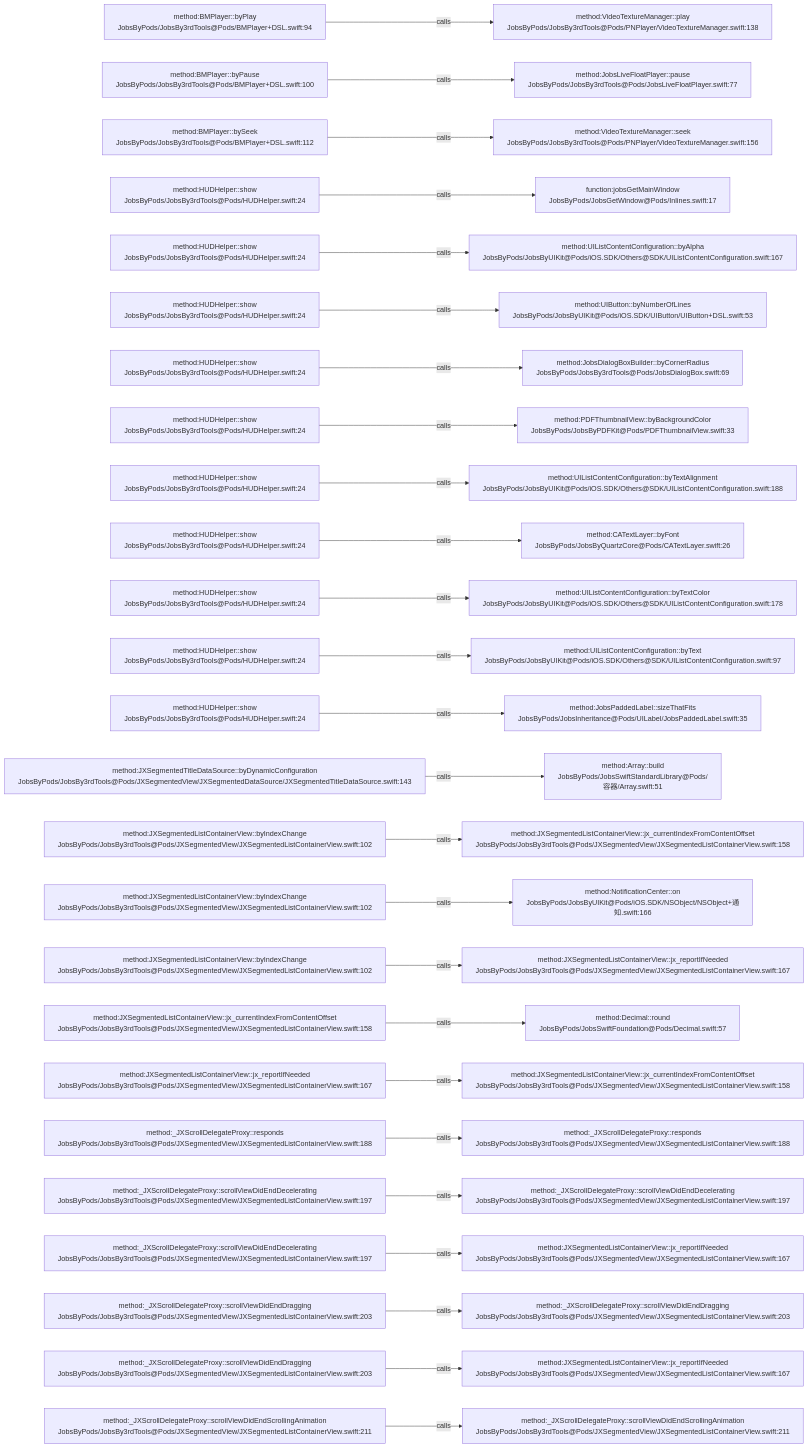
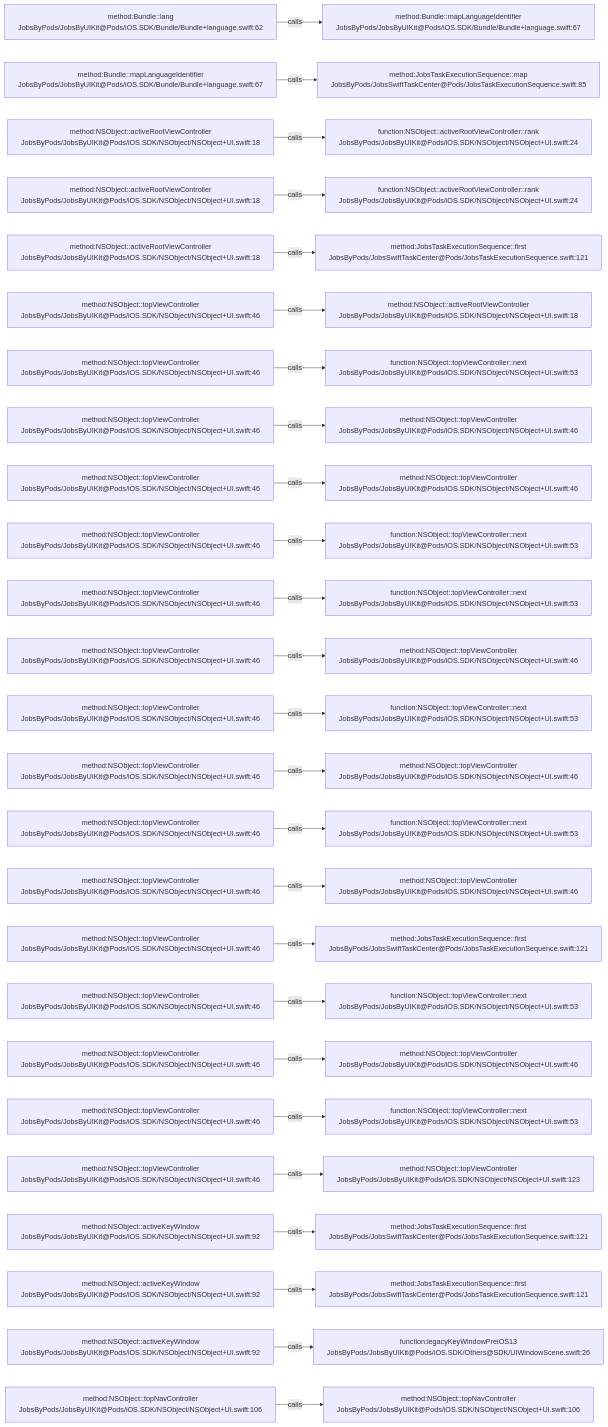
Before and after one commit to JobsKits/JobsSwiftBaseConfigDemo: the diagram in .codegraph/codegraph.md/graphs/calls-006.md, drawn with Mermaid. The commit also changed 569 other files, not shown here.

````diff
--- a/.codegraph/codegraph.md/graphs/calls-006.md
+++ b/.codegraph/codegraph.md/graphs/calls-006.md
@@ -13,78 +13,78 @@
 ```mermaid
 flowchart LR
-  S1["method:BMPlayer::byPlay<br/>JobsByPods/JobsBy3rdTools@Pods/BMPlayer+DSL.swift:94"]
-  T1["method:VideoTextureManager::play<br/>JobsByPods/JobsBy3rdTools@Pods/PNPlayer/VideoTextureManager.swift:138"]
+  S1["method:Bundle::lang<br/>JobsByPods/JobsByUIKit@Pods/iOS.SDK/Bundle/Bundle+language.swift:62"]
+  T1["method:Bundle::mapLanguageIdentifier<br/>JobsByPods/JobsByUIKit@Pods/iOS.SDK/Bundle/Bundle+language.swift:67"]
   S1 -->|calls| T1
-  S2["method:BMPlayer::byPause<br/>JobsByPods/JobsBy3rdTools@Pods/BMPlayer+DSL.swift:100"]
-  T2["method:JobsLiveFloatPlayer::pause<br/>JobsByPods/JobsBy3rdTools@Pods/JobsLiveFloatPlayer.swift:77"]
+  S2["method:Bundle::mapLanguageIdentifier<br/>JobsByPods/JobsByUIKit@Pods/iOS.SDK/Bundle/Bundle+language.swift:67"]
+  T2["method:JobsTaskExecutionSequence::map<br/>JobsByPods/JobsSwiftTaskCenter@Pods/JobsTaskExecutionSequence.swift:85"]
   S2 -->|calls| T2
-  S3["method:BMPlayer::bySeek<br/>JobsByPods/JobsBy3rdTools@Pods/BMPlayer+DSL.swift:112"]
-  T3["method:VideoTextureManager::seek<br/>JobsByPods/JobsBy3rdTools@Pods/PNPlayer/VideoTextureManager.swift:156"]
+  S3["method:NSObject::activeRootViewController<br/>JobsByPods/JobsByUIKit@Pods/iOS.SDK/NSObject/NSObject+UI.swift:18"]
+  T3["function:NSObject::activeRootViewController::rank<br/>JobsByPods/JobsByUIKit@Pods/iOS.SDK/NSObject/NSObject+UI.swift:24"]
   S3 -->|calls| T3
-  S4["method:HUDHelper::show<br/>JobsByPods/JobsBy3rdTools@Pods/HUDHelper.swift:24"]
-  T4["function:jobsGetMainWindow<br/>JobsByPods/JobsGetWindow@Pods/Inlines.swift:17"]
+  S4["method:NSObject::activeRootViewController<br/>JobsByPods/JobsByUIKit@Pods/iOS.SDK/NSObject/NSObject+UI.swift:18"]
+  T4["function:NSObject::activeRootViewController::rank<br/>JobsByPods/JobsByUIKit@Pods/iOS.SDK/NSObject/NSObject+UI.swift:24"]
   S4 -->|calls| T4
-  S5["method:HUDHelper::show<br/>JobsByPods/JobsBy3rdTools@Pods/HUDHelper.swift:24"]
-  T5["method:UIListContentConfiguration::byAlpha<br/>JobsByPods/JobsByUIKit@Pods/iOS.SDK/Others@SDK/UIListContentConfiguration.swift:167"]
+  S5["method:NSObject::activeRootViewController<br/>JobsByPods/JobsByUIKit@Pods/iOS.SDK/NSObject/NSObject+UI.swift:18"]
+  T5["method:JobsTaskExecutionSequence::first<br/>JobsByPods/JobsSwiftTaskCenter@Pods/JobsTaskExecutionSequence.swift:121"]
   S5 -->|calls| T5
-  S6["method:HUDHelper::show<br/>JobsByPods/JobsBy3rdTools@Pods/HUDHelper.swift:24"]
-  T6["method:UIButton::byNumberOfLines<br/>JobsByPods/JobsByUIKit@Pods/iOS.SDK/UIButton/UIButton+DSL.swift:53"]
+  S6["method:NSObject::topViewController<br/>JobsByPods/JobsByUIKit@Pods/iOS.SDK/NSObject/NSObject+UI.swift:46"]
+  T6["method:NSObject::activeRootViewController<br/>JobsByPods/JobsByUIKit@Pods/iOS.SDK/NSObject/NSObject+UI.swift:18"]
   S6 -->|calls| T6
-  S7["method:HUDHelper::show<br/>JobsByPods/JobsBy3rdTools@Pods/HUDHelper.swift:24"]
-  T7["method:JobsDialogBoxBuilder::byCornerRadius<br/>JobsByPods/JobsBy3rdTools@Pods/JobsDialogBox.swift:69"]
+  S7["method:NSObject::topViewController<br/>JobsByPods/JobsByUIKit@Pods/iOS.SDK/NSObject/NSObject+UI.swift:46"]
+  T7["function:NSObject::topViewController::next<br/>JobsByPods/JobsByUIKit@Pods/iOS.SDK/NSObject/NSObject+UI.swift:53"]
   S7 -->|calls| T7
-  S8["method:HUDHelper::show<br/>JobsByPods/JobsBy3rdTools@Pods/HUDHelper.swift:24"]
-  T8["method:PDFThumbnailView::byBackgroundColor<br/>JobsByPods/JobsByPDFKit@Pods/PDFThumbnailView.swift:33"]
+  S8["method:NSObject::topViewController<br/>JobsByPods/JobsByUIKit@Pods/iOS.SDK/NSObject/NSObject+UI.swift:46"]
+  T8["method:NSObject::topViewController<br/>JobsByPods/JobsByUIKit@Pods/iOS.SDK/NSObject/NSObject+UI.swift:46"]
   S8 -->|calls| T8
-  S9["method:HUDHelper::show<br/>JobsByPods/JobsBy3rdTools@Pods/HUDHelper.swift:24"]
-  T9["method:UIListContentConfiguration::byTextAlignment<br/>JobsByPods/JobsByUIKit@Pods/iOS.SDK/Others@SDK/UIListContentConfiguration.swift:188"]
+  S9["method:NSObject::topViewController<br/>JobsByPods/JobsByUIKit@Pods/iOS.SDK/NSObject/NSObject+UI.swift:46"]
+  T9["method:NSObject::topViewController<br/>JobsByPods/JobsByUIKit@Pods/iOS.SDK/NSObject/NSObject+UI.swift:46"]
   S9 -->|calls| T9
-  S10["method:HUDHelper::show<br/>JobsByPods/JobsBy3rdTools@Pods/HUDHelper.swift:24"]
-  T10["method:CATextLayer::byFont<br/>JobsByPods/JobsByQuartzCore@Pods/CATextLayer.swift:26"]
+  S10["method:NSObject::topViewController<br/>JobsByPods/JobsByUIKit@Pods/iOS.SDK/NSObject/NSObject+UI.swift:46"]
+  T10["function:NSObject::topViewController::next<br/>JobsByPods/JobsByUIKit@Pods/iOS.SDK/NSObject/NSObject+UI.swift:53"]
   S10 -->|calls| T10
-  S11["method:HUDHelper::show<br/>JobsByPods/JobsBy3rdTools@Pods/HUDHelper.swift:24"]
-  T11["method:UIListContentConfiguration::byTextColor<br/>JobsByPods/JobsByUIKit@Pods/iOS.SDK/Others@SDK/UIListContentConfiguration.swift:178"]
+  S11["method:NSObject::topViewController<br/>JobsByPods/JobsByUIKit@Pods/iOS.SDK/NSObject/NSObject+UI.swift:46"]
+  T11["function:NSObject::topViewController::next<br/>JobsByPods/JobsByUIKit@Pods/iOS.SDK/NSObject/NSObject+UI.swift:53"]
   S11 -->|calls| T11
-  S12["method:HUDHelper::show<br/>JobsByPods/JobsBy3rdTools@Pods/HUDHelper.swift:24"]
-  T12["method:UIListContentConfiguration::byText<br/>JobsByPods/JobsByUIKit@Pods/iOS.SDK/Others@SDK/UIListContentConfiguration.swift:97"]
+  S12["method:NSObject::topViewController<br/>JobsByPods/JobsByUIKit@Pods/iOS.SDK/NSObject/NSObject+UI.swift:46"]
+  T12["method:NSObject::topViewController<br/>JobsByPods/JobsByUIKit@Pods/iOS.SDK/NSObject/NSObject+UI.swift:46"]
   S12 -->|calls| T12
-  S13["method:HUDHelper::show<br/>JobsByPods/JobsBy3rdTools@Pods/HUDHelper.swift:24"]
-  T13["method:JobsPaddedLabel::sizeThatFits<br/>JobsByPods/JobsInheritance@Pods/UILabel/JobsPaddedLabel.swift:35"]
+  S13["method:NSObject::topViewController<br/>JobsByPods/JobsByUIKit@Pods/iOS.SDK/NSObject/NSObject+UI.swift:46"]
+  T13["function:NSObject::topViewController::next<br/>JobsByPods/JobsByUIKit@Pods/iOS.SDK/NSObject/NSObject+UI.swift:53"]
   S13 -->|calls| T13
-  S14["method:JXSegmentedTitleDataSource::byDynamicConfiguration<br/>JobsByPods/JobsBy3rdTools@Pods/JXSegmentedView/JXSegmentedDataSource/JXSegmentedTitleDataSource.swift:143"]
-  T14["method:Array::build<br/>JobsByPods/JobsSwiftStandardLibrary@Pods/容器/Array.swift:51"]
+  S14["method:NSObject::topViewController<br/>JobsByPods/JobsByUIKit@Pods/iOS.SDK/NSObject/NSObject+UI.swift:46"]
+  T14["method:NSObject::topViewController<br/>JobsByPods/JobsByUIKit@Pods/iOS.SDK/NSObject/NSObject+UI.swift:46"]
   S14 -->|calls| T14
-  S15["method:JXSegmentedListContainerView::byIndexChange<br/>JobsByPods/JobsBy3rdTools@Pods/JXSegmentedView/JXSegmentedListContainerView.swift:102"]
-  T15["method:JXSegmentedListContainerView::jx_currentIndexFromContentOffset<br/>JobsByPods/JobsBy3rdTools@Pods/JXSegmentedView/JXSegmentedListContainerView.swift:158"]
+  S15["method:NSObject::topViewController<br/>JobsByPods/JobsByUIKit@Pods/iOS.SDK/NSObject/NSObject+UI.swift:46"]
+  T15["function:NSObject::topViewController::next<br/>JobsByPods/JobsByUIKit@Pods/iOS.SDK/NSObject/NSObject+UI.swift:53"]
   S15 -->|calls| T15
-  S16["method:JXSegmentedListContainerView::byIndexChange<br/>JobsByPods/JobsBy3rdTools@Pods/JXSegmentedView/JXSegmentedListContainerView.swift:102"]
-  T16["method:NotificationCenter::on<br/>JobsByPods/JobsByUIKit@Pods/iOS.SDK/NSObject/NSObject+通知.swift:166"]
+  S16["method:NSObject::topViewController<br/>JobsByPods/JobsByUIKit@Pods/iOS.SDK/NSObject/NSObject+UI.swift:46"]
+  T16["method:NSObject::topViewController<br/>JobsByPods/JobsByUIKit@Pods/iOS.SDK/NSObject/NSObject+UI.swift:46"]
   S16 -->|calls| T16
-  S17["method:JXSegmentedListContainerView::byIndexChange<br/>JobsByPods/JobsBy3rdTools@Pods/JXSegmentedView/JXSegmentedListContainerView.swift:102"]
-  T17["method:JXSegmentedListContainerView::jx_reportIfNeeded<br/>JobsByPods/JobsBy3rdTools@Pods/JXSegmentedView/JXSegmentedListContainerView.swift:167"]
+  S17["method:NSObject::topViewController<br/>JobsByPods/JobsByUIKit@Pods/iOS.SDK/NSObject/NSObject+UI.swift:46"]
+  T17["method:JobsTaskExecutionSequence::first<br/>JobsByPods/JobsSwiftTaskCenter@Pods/JobsTaskExecutionSequence.swift:121"]
   S17 -->|calls| T17
-  S18["method:JXSegmentedListContainerView::jx_currentIndexFromContentOffset<br/>JobsByPods/JobsBy3rdTools@Pods/JXSegmentedView/JXSegmentedListContainerView.swift:158"]
-  T18["method:Decimal::round<br/>JobsByPods/JobsSwiftFoundation@Pods/Decimal.swift:57"]
+  S18["method:NSObject::topViewController<br/>JobsByPods/JobsByUIKit@Pods/iOS.SDK/NSObject/NSObject+UI.swift:46"]
+  T18["function:NSObject::topViewController::next<br/>JobsByPods/JobsByUIKit@Pods/iOS.SDK/NSObject/NSObject+UI.swift:53"]
   S18 -->|calls| T18
-  S19["method:JXSegmentedListContainerView::jx_reportIfNeeded<br/>JobsByPods/JobsBy3rdTools@Pods/JXSegmentedView/JXSegmentedListContainerView.swift:167"]
-  T19["method:JXSegmentedListContainerView::jx_currentIndexFromContentOffset<br/>JobsByPods/JobsBy3rdTools@Pods/JXSegmentedView/JXSegmentedListContainerView.swift:158"]
+  S19["method:NSObject::topViewController<br/>JobsByPods/JobsByUIKit@Pods/iOS.SDK/NSObject/NSObject+UI.swift:46"]
+  T19["method:NSObject::topViewController<br/>JobsByPods/JobsByUIKit@Pods/iOS.SDK/NSObject/NSObject+UI.swift:46"]
   S19 -->|calls| T19
-  S20["method:_JXScrollDelegateProxy::responds<br/>JobsByPods/JobsBy3rdTools@Pods/JXSegmentedView/JXSegmentedListContainerView.swift:188"]
-  T20["method:_JXScrollDelegateProxy::responds<br/>JobsByPods/JobsBy3rdTools@Pods/JXSegmentedView/JXSegmentedListContainerView.swift:188"]
+  S20["method:NSObject::topViewController<br/>JobsByPods/JobsByUIKit@Pods/iOS.SDK/NSObject/NSObject+UI.swift:46"]
+  T20["function:NSObject::topViewController::next<br/>JobsByPods/JobsByUIKit@Pods/iOS.SDK/NSObject/NSObject+UI.swift:53"]
   S20 -->|calls| T20
-  S21["method:_JXScrollDelegateProxy::scrollViewDidEndDecelerating<br/>JobsByPods/JobsBy3rdTools@Pods/JXSegmentedView/JXSegmentedListContainerView.swift:197"]
-  T21["method:_JXScrollDelegateProxy::scrollViewDidEndDecelerating<br/>JobsByPods/JobsBy3rdTools@Pods/JXSegmentedView/JXSegmentedListContainerView.swift:197"]
+  S21["method:NSObject::topViewController<br/>JobsByPods/JobsByUIKit@Pods/iOS.SDK/NSObject/NSObject+UI.swift:46"]
+  T21["method:NSObject::topViewController<br/>JobsByPods/JobsByUIKit@Pods/iOS.SDK/NSObject/NSObject+UI.swift:123"]
   S21 -->|calls| T21
-  S22["method:_JXScrollDelegateProxy::scrollViewDidEndDecelerating<br/>JobsByPods/JobsBy3rdTools@Pods/JXSegmentedView/JXSegmentedListContainerView.swift:197"]
-  T22["method:JXSegmentedListContainerView::jx_reportIfNeeded<br/>JobsByPods/JobsBy3rdTools@Pods/JXSegmentedView/JXSegmentedListContainerView.swift:167"]
+  S22["method:NSObject::activeKeyWindow<br/>JobsByPods/JobsByUIKit@Pods/iOS.SDK/NSObject/NSObject+UI.swift:92"]
+  T22["method:JobsTaskExecutionSequence::first<br/>JobsByPods/JobsSwiftTaskCenter@Pods/JobsTaskExecutionSequence.swift:121"]
   S22 -->|calls| T22
-  S23["method:_JXScrollDelegateProxy::scrollViewDidEndDragging<br/>JobsByPods/JobsBy3rdTools@Pods/JXSegmentedView/JXSegmentedListContainerView.swift:203"]
-  T23["method:_JXScrollDelegateProxy::scrollViewDidEndDragging<br/>JobsByPods/JobsBy3rdTools@Pods/JXSegmentedView/JXSegmentedListContainerView.swift:203"]
+  S23["method:NSObject::activeKeyWindow<br/>JobsByPods/JobsByUIKit@Pods/iOS.SDK/NSObject/NSObject+UI.swift:92"]
+  T23["method:JobsTaskExecutionSequence::first<br/>JobsByPods/JobsSwiftTaskCenter@Pods/JobsTaskExecutionSequence.swift:121"]
   S23 -->|calls| T23
-  S24["method:_JXScrollDelegateProxy::scrollViewDidEndDragging<br/>JobsByPods/JobsBy3rdTools@Pods/JXSegmentedView/JXSegmentedListContainerView.swift:203"]
-  T24["method:JXSegmentedListContainerView::jx_reportIfNeeded<br/>JobsByPods/JobsBy3rdTools@Pods/JXSegmentedView/JXSegmentedListContainerView.swift:167"]
+  S24["method:NSObject::activeKeyWindow<br/>JobsByPods/JobsByUIKit@Pods/iOS.SDK/NSObject/NSObject+UI.swift:92"]
+  T24["function:legacyKeyWindowPreiOS13<br/>JobsByPods/JobsByUIKit@Pods/iOS.SDK/Others@SDK/UIWindowScene.swift:26"]
   S24 -->|calls| T24
-  S25["method:_JXScrollDelegateProxy::scrollViewDidEndScrollingAnimation<br/>JobsByPods/JobsBy3rdTools@Pods/JXSegmentedView/JXSegmentedListContainerView.swift:211"]
-  T25["method:_JXScrollDelegateProxy::scrollViewDidEndScrollingAnimation<br/>JobsByPods/JobsBy3rdTools@Pods/JXSegmentedView/JXSegmentedListContainerView.swift:211"]
+  S25["method:NSObject::topNavController<br/>JobsByPods/JobsByUIKit@Pods/iOS.SDK/NSObject/NSObject+UI.swift:106"]
+  T25["method:NSObject::topNavController<br/>JobsByPods/JobsByUIKit@Pods/iOS.SDK/NSObject/NSObject+UI.swift:106"]
   S25 -->|calls| T25
 ```
````
